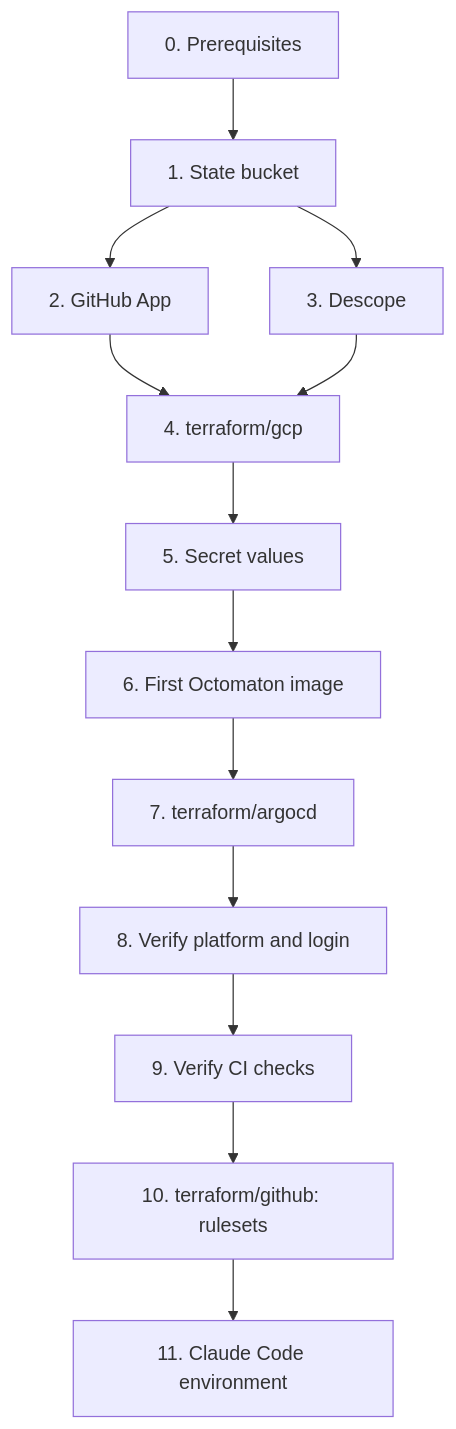
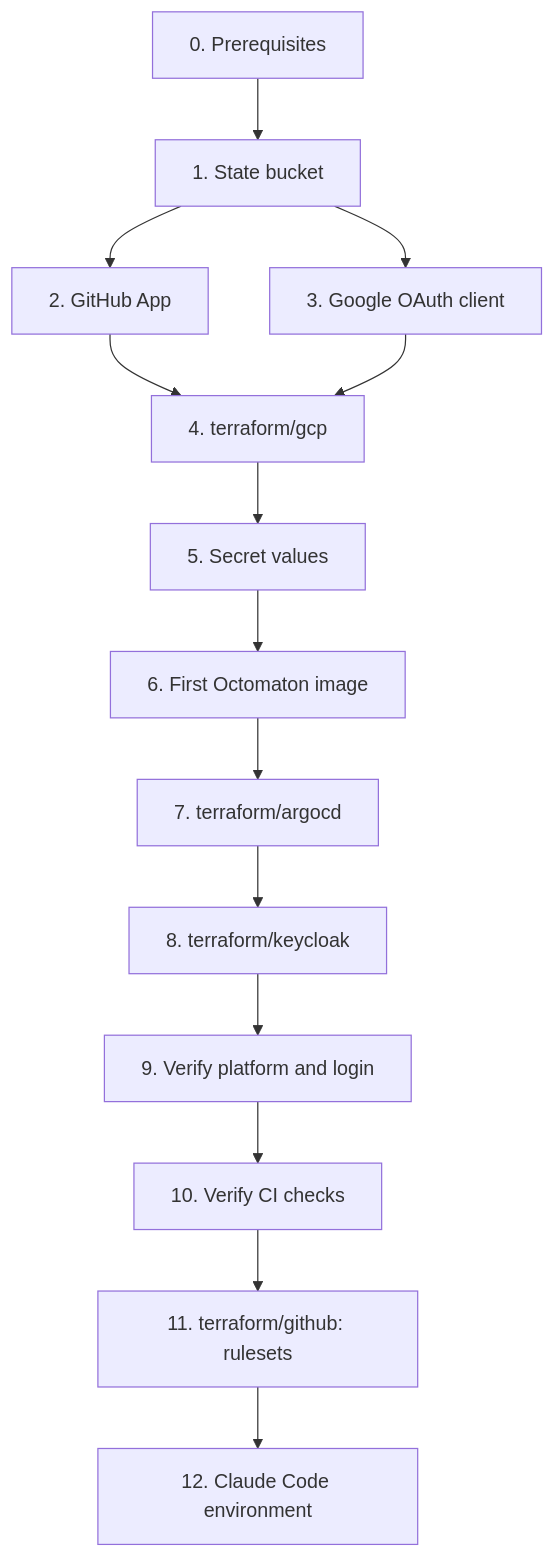
The diagram in hub/runbooks/bootstrap.md (arikkfir-org/docs), drawn with Mermaid before and after one commit. The commit also changed other lines of this file and 6 other files, not shown here.

````diff
--- a/hub/runbooks/bootstrap.md
+++ b/hub/runbooks/bootstrap.md
@@ -7,15 +7,16 @@
 ```mermaid
 flowchart TD
   P[0. Prerequisites] --> SB[1. State bucket]
   SB --> APP[2. GitHub App]
-  SB --> DS[3. Descope]
+  SB --> GO[3. Google OAuth client]
   APP --> GCP[4. terraform/gcp]
-  DS --> GCP
+  GO --> GCP
   GCP --> SEC[5. Secret values]
   SEC --> IMG[6. First Octomaton image]
   IMG --> ACD[7. terraform/argocd]
-  ACD --> VER[8. Verify platform and login]
-  VER --> CI[9. Verify CI checks]
-  CI --> GH[10. terraform/github: rulesets]
-  GH --> CC[11. Claude Code environment]
+  ACD --> KC[8. terraform/keycloak]
+  KC --> VER[9. Verify platform and login]
+  VER --> CI[10. Verify CI checks]
+  CI --> GH[11. terraform/github: rulesets]
+  GH --> CC[12. Claude Code environment]
 ```
````
